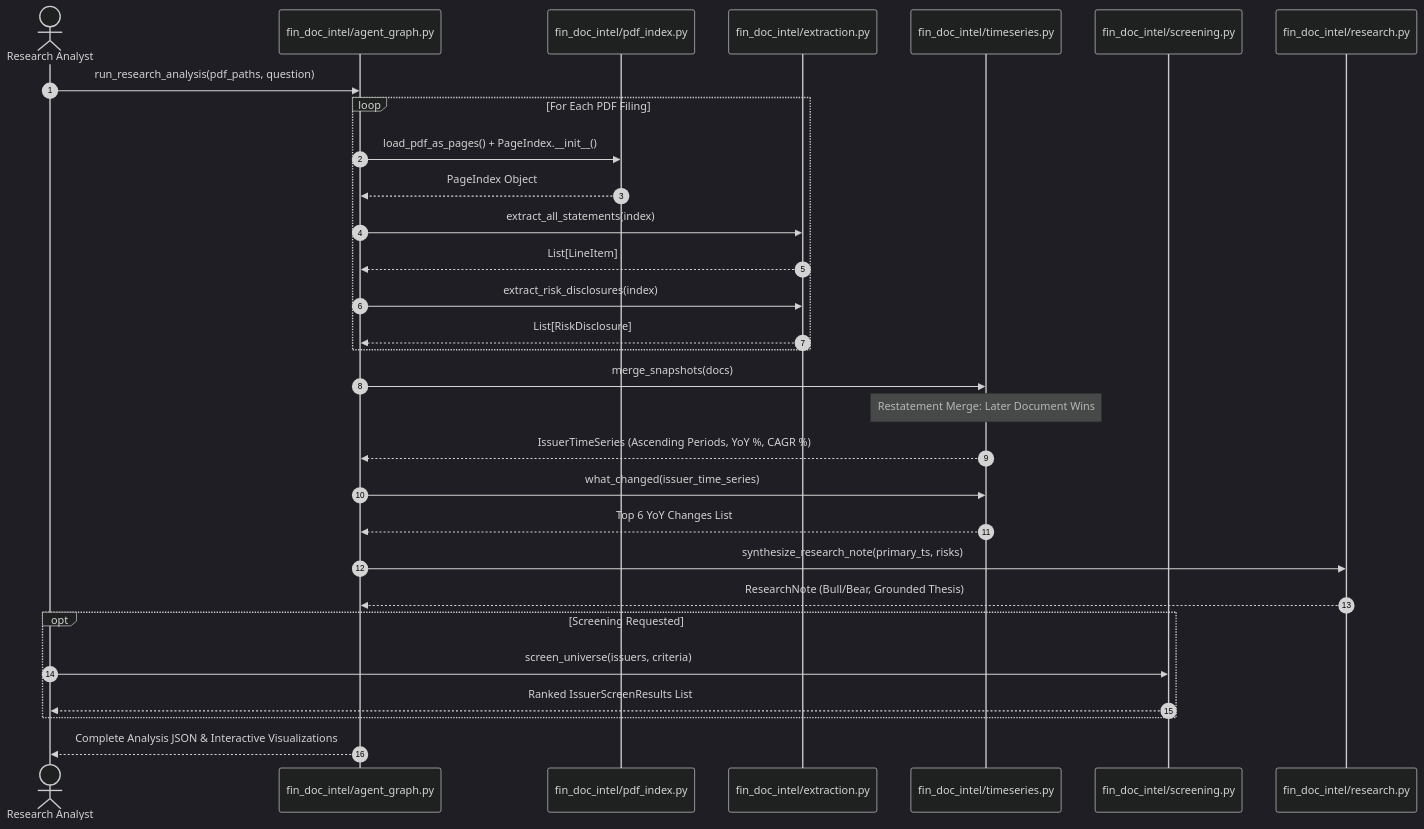
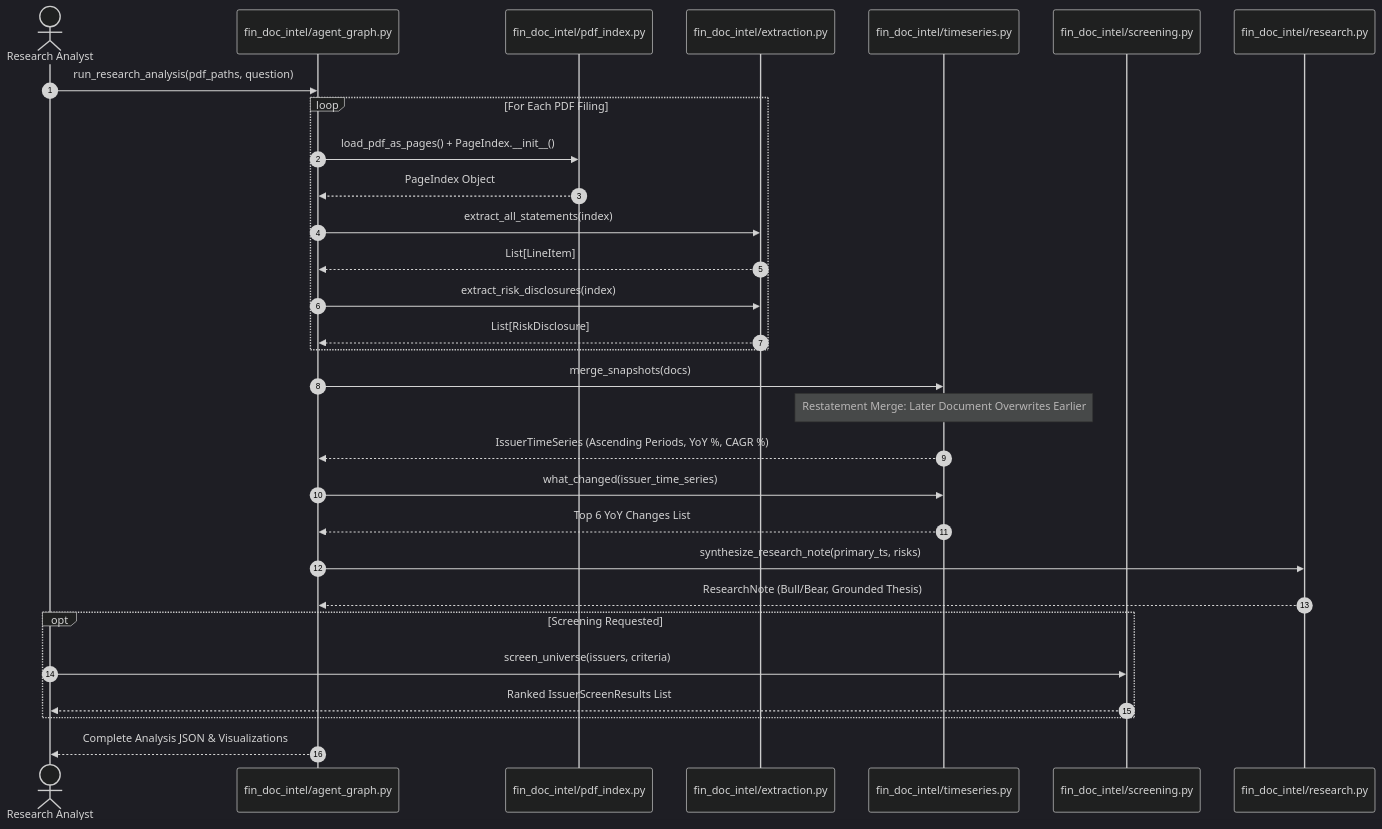
The fifth of 10 diagrams in AI_FOR_FINANCE_AND_BANKING_BOOK.md (GSaiDheeraj/Finance-and-Banking-AI-Usecases), drawn with Mermaid (dark theme) before and after one commit. The commit also changed other lines of this file, not shown here.

````diff
--- a/AI_FOR_FINANCE_AND_BANKING_BOOK.md
+++ b/AI_FOR_FINANCE_AND_BANKING_BOOK.md
@@ -617,39 +619,39 @@
 ```mermaid
 sequenceDiagram
     autonumber
     actor Analyst as Research Analyst
     participant API as fin_doc_intel/agent_graph.py
     participant Idx as fin_doc_intel/pdf_index.py
     participant Ext as fin_doc_intel/extraction.py
     participant TS as fin_doc_intel/timeseries.py
     participant Screen as fin_doc_intel/screening.py
     participant Res as fin_doc_intel/research.py
 
     Analyst->>API: run_research_analysis(pdf_paths, question)
 
     loop For Each PDF Filing
         API->>Idx: load_pdf_as_pages() + PageIndex.__init__()
         Idx-->>API: PageIndex Object
         API->>Ext: extract_all_statements(index)
         Ext-->>API: List[LineItem]
         API->>Ext: extract_risk_disclosures(index)
         Ext-->>API: List[RiskDisclosure]
     end
 
     API->>TS: merge_snapshots(docs)
-    note over TS: Restatement Merge: Later Document Wins
+    note over TS: Restatement Merge: Later Document Overwrites Earlier
     TS-->>API: IssuerTimeSeries (Ascending Periods, YoY %, CAGR %)
 
     API->>TS: what_changed(issuer_time_series)
     TS-->>API: Top 6 YoY Changes List
 
     API->>Res: synthesize_research_note(primary_ts, risks)
     Res-->>API: ResearchNote (Bull/Bear, Grounded Thesis)
 
     opt Screening Requested
         Analyst->>Screen: screen_universe(issuers, criteria)
         Screen-->>Analyst: Ranked IssuerScreenResults List
     end
 
-    API-->>Analyst: Complete Analysis JSON & Interactive Visualizations
+    API-->>Analyst: Complete Analysis JSON & Visualizations
 ```
````
